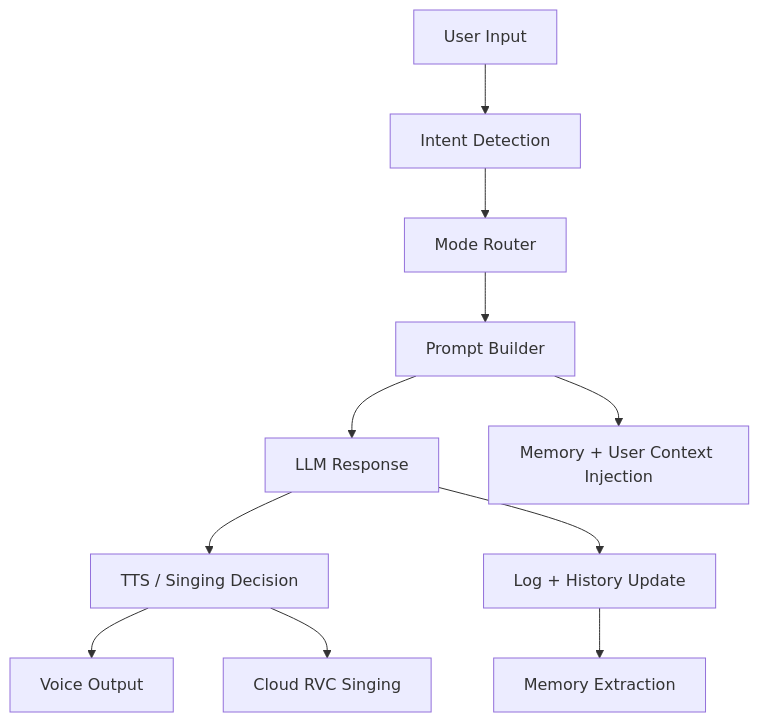
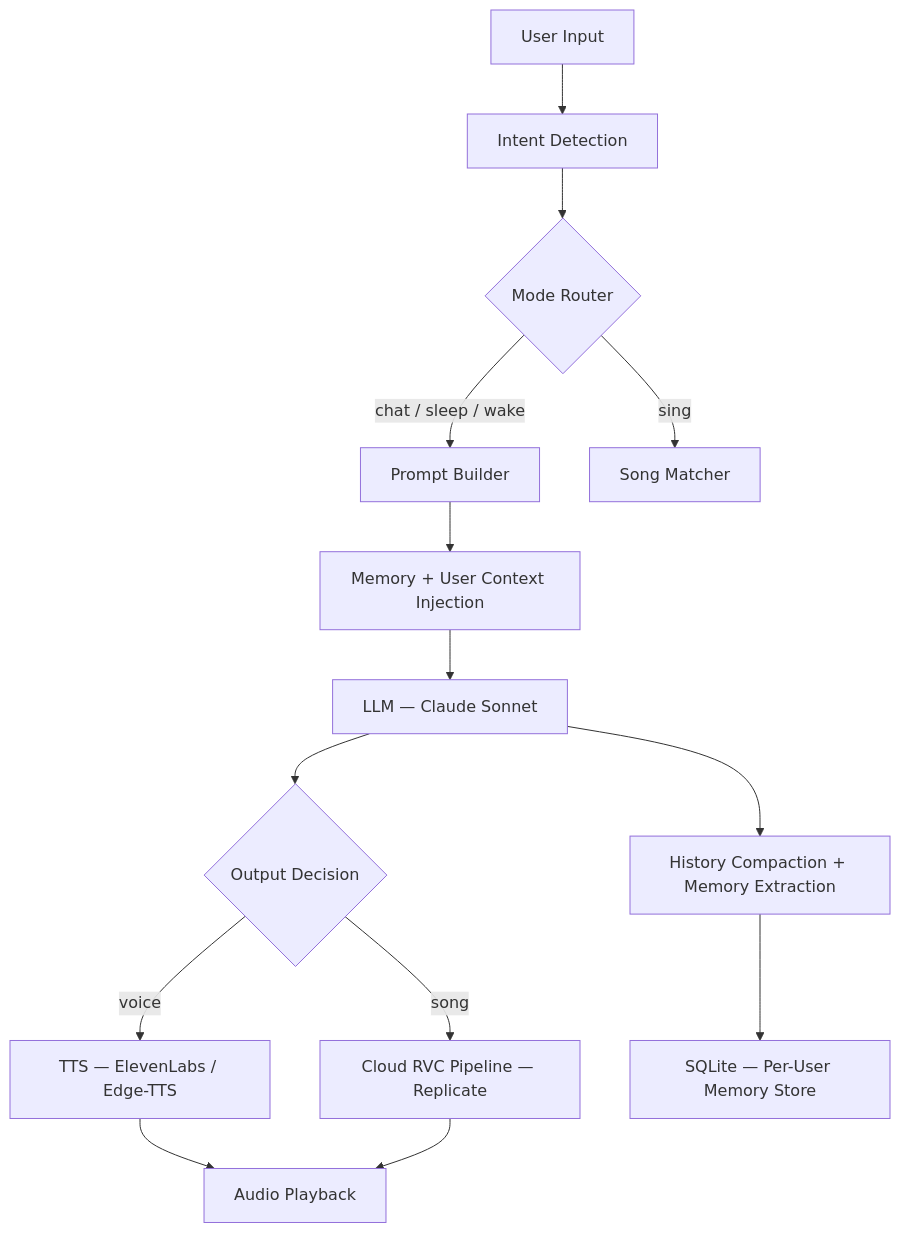
One commit to GitGPT-jpg/voice-companion-agent changed the diagram in README.md. Above: the diagram before and after it, drawn with Mermaid. The commit also changed other lines of this file, not shown here.

Commit message:
docs: rewrite README with professional bilingual structure, badges, architecture

````diff
--- a/README.md
+++ b/README.md
@@ -284,13 +41,16 @@
 ```mermaid
 flowchart TD
     A["User Input"] --> B["Intent Detection"]
-    B --> C["Mode Router"]
-    C --> D["Prompt Builder"]
-    D --> E["LLM Response"]
+    B --> C{"Mode Router"}
+    C -->|chat / sleep / wake| D["Prompt Builder"]
+    C -->|sing| S["Song Matcher"]
     D --> F["Memory + User Context Injection"]
-    E --> G["TTS / Singing Decision"]
-    G --> H["Voice Output"]
-    G --> I["Cloud RVC Singing"]
-    E --> J["Log + History Update"]
-    J --> K["Memory Extraction"]
+    F --> E["LLM — Claude Sonnet"]
+    E --> G{"Output Decision"}
+    G -->|voice| H["TTS — ElevenLabs / Edge-TTS"]
+    G -->|song| I["Cloud RVC Pipeline — Replicate"]
+    H --> J["Audio Playback"]
+    I --> J
+    E --> K["History Compaction + Memory Extraction"]
+    K --> L["SQLite — Per-User Memory Store"]
 ```
````
